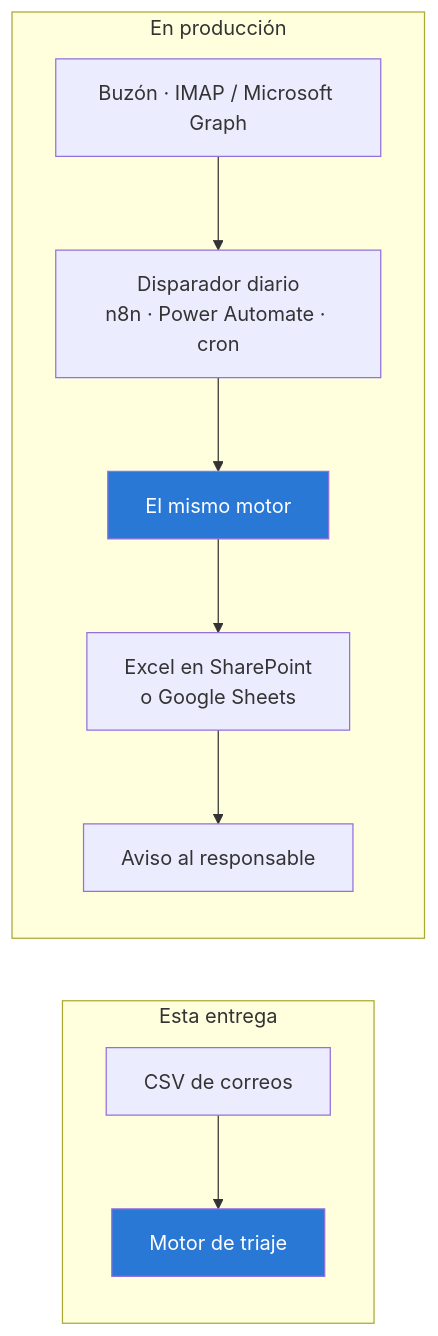
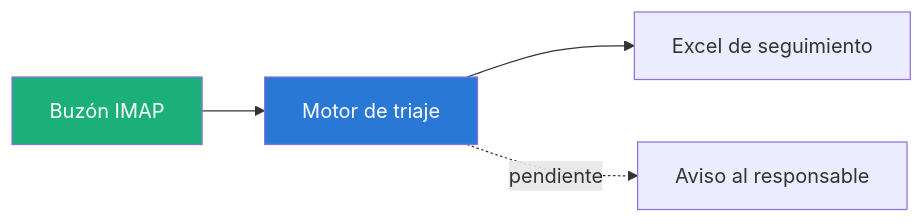
Before and after one commit to NicoBJ1906/prueba-tecnica-akila: the second of 2 diagrams in ejercicio1_triaje/README.md, drawn with Mermaid. The commit also changed other lines of this file and 5 other files, not shown here.

````diff
--- a/ejercicio1_triaje/README.md
+++ b/ejercicio1_triaje/README.md
@@ -241,11 +366,7 @@
 ```mermaid
 flowchart LR
-    subgraph Hoy["Esta entrega"]
-        A1[CSV de correos] --> M[Motor de triaje]
-    end
-    subgraph Prod["En producción"]
-        A2[Buzón · IMAP / Microsoft Graph] --> T[Disparador diario<br/>n8n · Power Automate · cron] --> M2[El mismo motor] --> S[Excel en SharePoint<br/>o Google Sheets] --> N[Aviso al responsable]
-    end
+    A[Buzón IMAP] --> M[Motor de triaje] --> S[Excel de seguimiento]
+    M -.pendiente.-> N[Aviso al responsable]
+    style A fill:#1baf7a,color:#fff
     style M fill:#2a78d6,color:#fff
-    style M2 fill:#2a78d6,color:#fff
 ```
````
